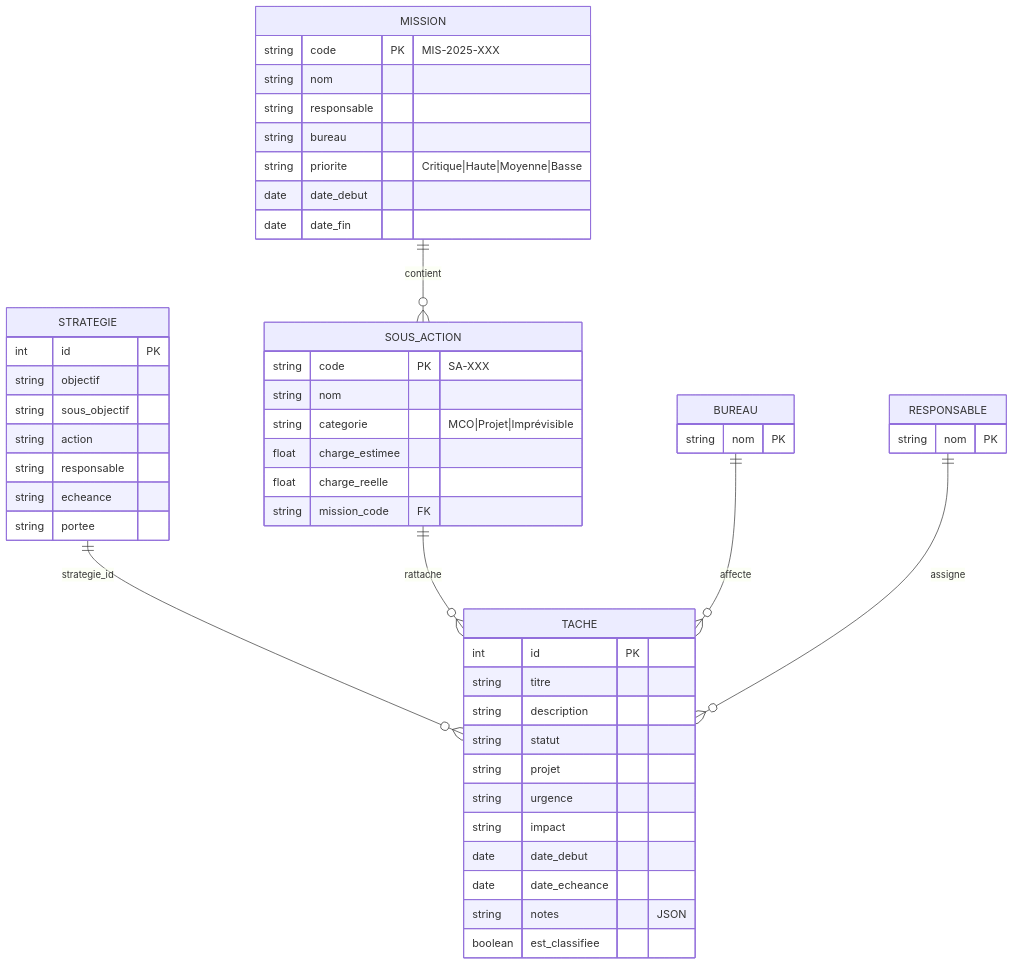
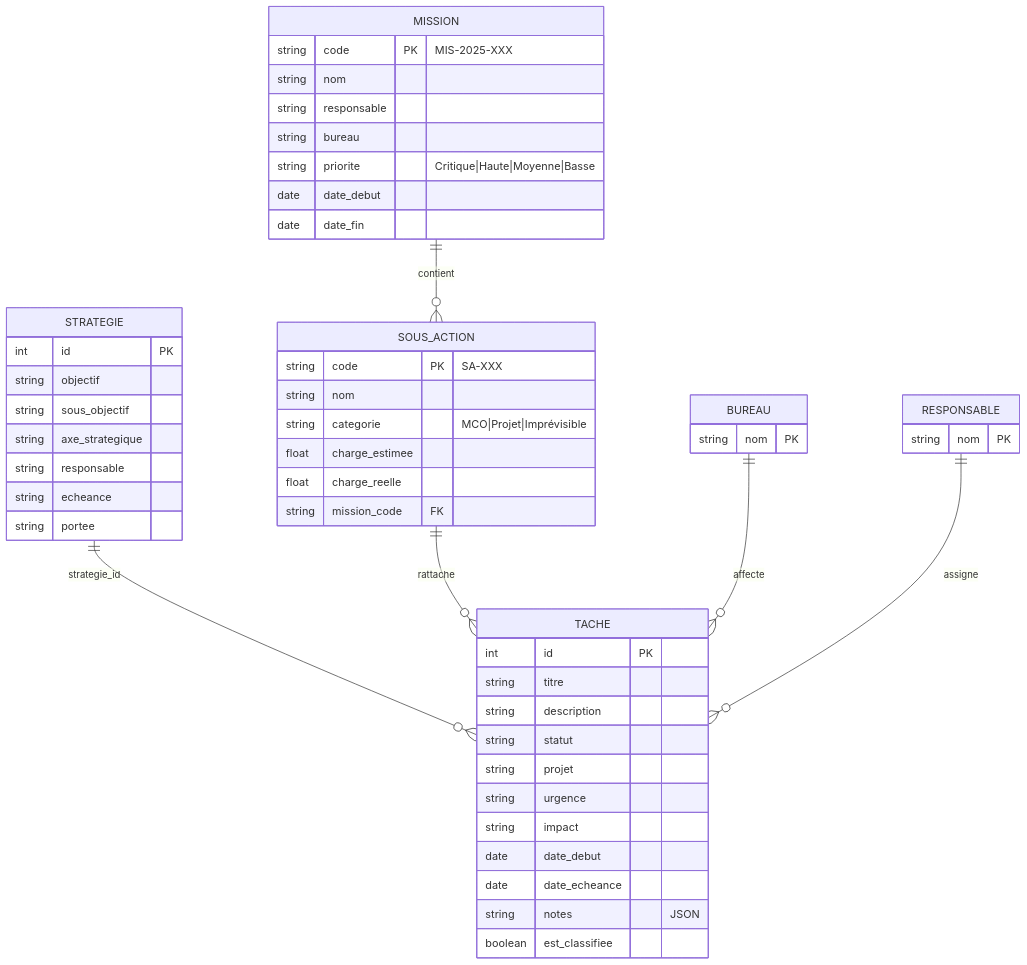
One commit to timox/timox.github.io changed the second of 10 diagrams in kanbantest/MISSIONS_ARCHITECTURE.md. Above: the diagram before and after it, drawn with Mermaid. The commit also changed other lines of this file and 14 other files, not shown here.

````diff
--- a/kanbantest/MISSIONS_ARCHITECTURE.md
+++ b/kanbantest/MISSIONS_ARCHITECTURE.md
@@ -100,59 +105,59 @@
 ```mermaid
 erDiagram
     STRATEGIE ||--o{ TACHE : "strategie_id"
     MISSION ||--o{ SOUS_ACTION : "contient"
     SOUS_ACTION ||--o{ TACHE : "rattache"
     BUREAU ||--o{ TACHE : "affecte"
     RESPONSABLE ||--o{ TACHE : "assigne"
 
     STRATEGIE {
         int id PK
         string objectif
         string sous_objectif
-        string action
+        string axe_strategique
         string responsable
         string echeance
         string portee
     }
 
     MISSION {
         string code PK "MIS-2025-XXX"
         string nom
         string responsable
         string bureau
         string priorite "Critique|Haute|Moyenne|Basse"
         date date_debut
         date date_fin
     }
 
     SOUS_ACTION {
         string code PK "SA-XXX"
         string nom
         string categorie "MCO|Projet|Imprévisible"
         float charge_estimee
         float charge_reelle
         string mission_code FK
     }
 
     TACHE {
         int id PK
         string titre
         string description
         string statut
         string projet
         string urgence
         string impact
         date date_debut
         date date_echeance
         string notes "JSON"
         boolean est_classifiee
     }
 
     BUREAU {
         string nom PK
     }
 
     RESPONSABLE {
         string nom PK
     }
 ```
````
